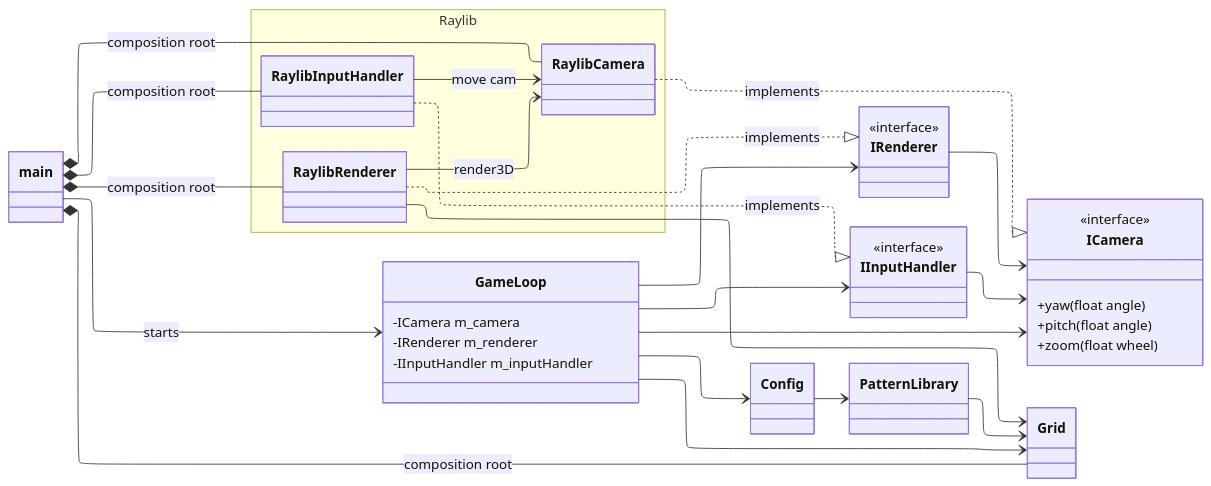
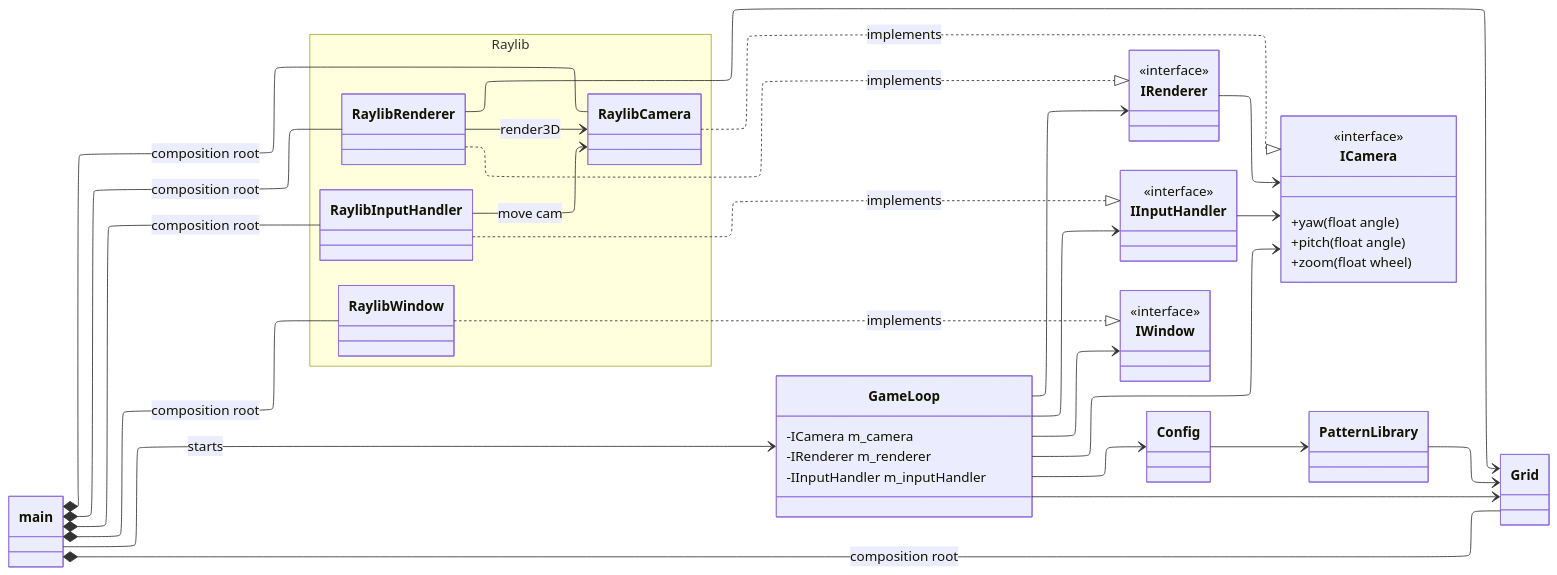
The diagram in classdiagram.md (dciuca/gameOfLife3D), drawn with Mermaid before and after one commit. The commit also changed 10 other files, not shown here.

````diff
--- a/classdiagram.md
+++ b/classdiagram.md
@@ -2,68 +2,75 @@
 ```mermaid
 ---
 config:
   layout: elk
 ---
 classDiagram
     direction LR
 
     class main
 
     class GameLoop {
         -ICamera m_camera
         -IRenderer m_renderer
         -IInputHandler m_inputHandler
     }
     class IRenderer {
         <<interface>>
     }
     class IInputHandler {
         <<interface>>
     }
+    class IWindow {
+        <<interface>>
+    }
     class ICamera {
         <<interface>>
         +yaw(float angle)
         +pitch(float angle)
         +zoom(float wheel)
     }
 
     class Grid
     class PatternLibrary
     class Config
 
 
     namespace Raylib {
         class RaylibRenderer
         class RaylibInputHandler
         class RaylibCamera
+        class RaylibWindow
     }
 
     main *-- RaylibRenderer : composition root
     main *-- RaylibInputHandler : composition root
     main *-- RaylibCamera : composition root
+    main *-- RaylibWindow : composition root
     main *-- Grid : composition root
     main --> GameLoop : starts
 
     GameLoop --> IRenderer
     GameLoop --> IInputHandler
     GameLoop --> ICamera
+    GameLoop --> IWindow
     GameLoop --> Config
     GameLoop --> Grid
 
     RaylibRenderer ..|> IRenderer : implements
     RaylibInputHandler ..|> IInputHandler : implements
     RaylibCamera ..|> ICamera : implements
+    RaylibWindow ..|> IWindow : implements
 
     RaylibRenderer --> Grid
     RaylibRenderer --> RaylibCamera: render3D
     RaylibInputHandler --> RaylibCamera: move cam
 
     IRenderer --> ICamera
     IInputHandler --> ICamera
 
     Config --> PatternLibrary
     PatternLibrary --> Grid
 
     classDef interface fill:#eef2ff,stroke:#818cf8,stroke-width:2px,color:#1e1b4b
     cssClass "IRenderer,IInputHandler,ICamera" interface
 ```
````
